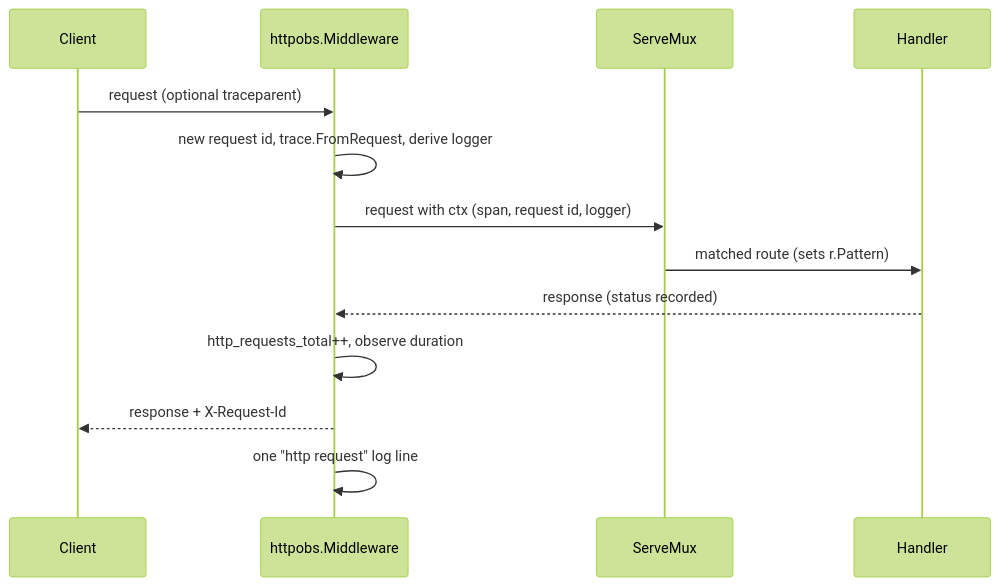
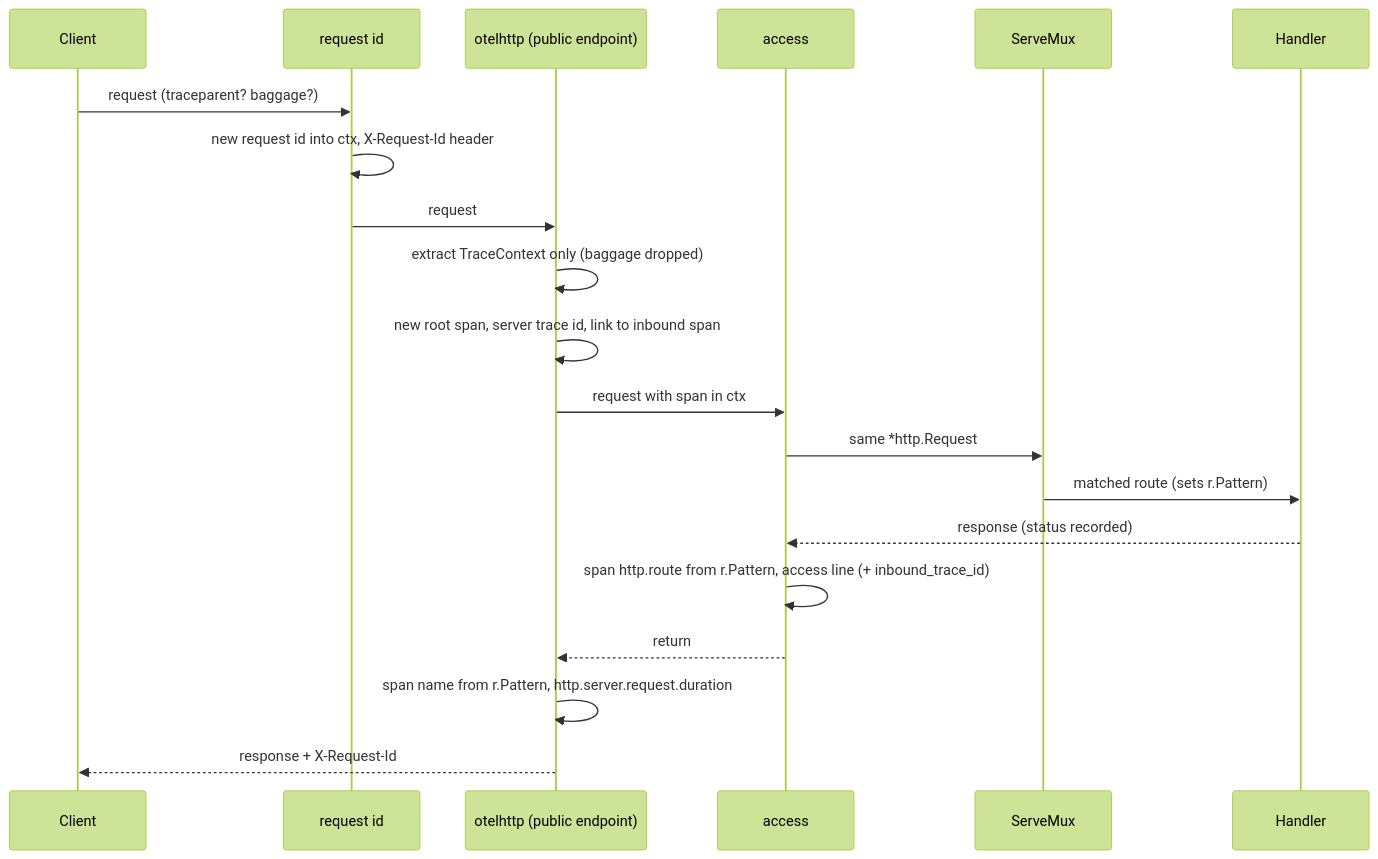
Before and after one commit to Navaladi2019/TicketingSystem: the diagram in docs/architecture/nava-core-skeleton.md, drawn with Mermaid (forest theme). The commit also changed other lines of this file and 20 other files, not shown here.

````diff
--- a/docs/architecture/nava-core-skeleton.md
+++ b/docs/architecture/nava-core-skeleton.md
@@ -38,15 +39,22 @@
 ```mermaid
 sequenceDiagram
   participant C as Client
-  participant M as httpobs.Middleware
+  participant R as request id
+  participant O as otelhttp (public endpoint)
+  participant A as access
   participant X as ServeMux
   participant H as Handler
-  C->>M: request (optional traceparent)
-  M->>M: new request id, trace.FromRequest, derive logger
-  M->>X: request with ctx (span, request id, logger)
+  C->>R: request (traceparent? baggage?)
+  R->>R: new request id into ctx, X-Request-Id header
+  R->>O: request
+  O->>O: extract TraceContext only (baggage dropped)
+  O->>O: new root span, server trace id, link to inbound span
+  O->>A: request with span in ctx
+  A->>X: same *http.Request
   X->>H: matched route (sets r.Pattern)
-  H-->>M: response (status recorded)
-  M->>M: http_requests_total++, observe duration
-  M-->>C: response + X-Request-Id
-  M->>M: one "http request" log line
+  H-->>A: response (status recorded)
+  A->>A: span http.route from r.Pattern, access line (+ inbound_trace_id)
+  A-->>O: return
+  O->>O: span name from r.Pattern, http.server.request.duration
+  O-->>C: response + X-Request-Id
 ```
````
